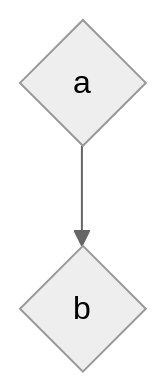
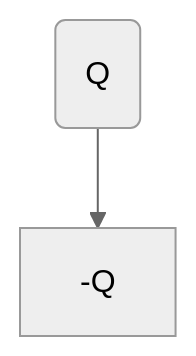
The diagram in 大学物理电磁学部分‘’/笔记2.md (vrkim42/stackedit-app-data), drawn with Mermaid (neutral theme) before and after one commit. The commit also changed other lines of this file, not shown here.

````diff
--- a/大学物理电磁学部分‘’/笔记2.md
+++ b/大学物理电磁学部分‘’/笔记2.md
@@ -3,4 +3,4 @@
 ```mermaid
 	graph TD
-    A{a} --> B{b}
+    A(  Q  ) --> B[ -Q ]
 ```
````
